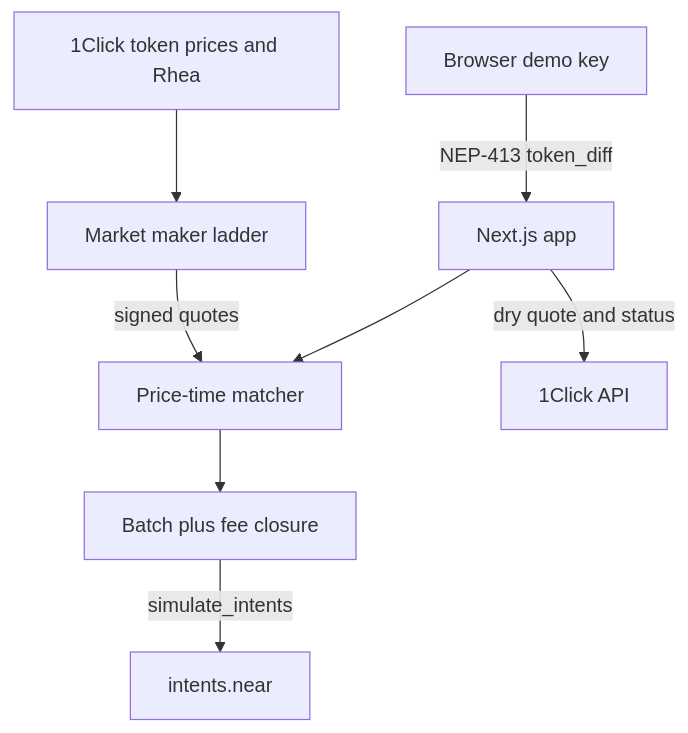
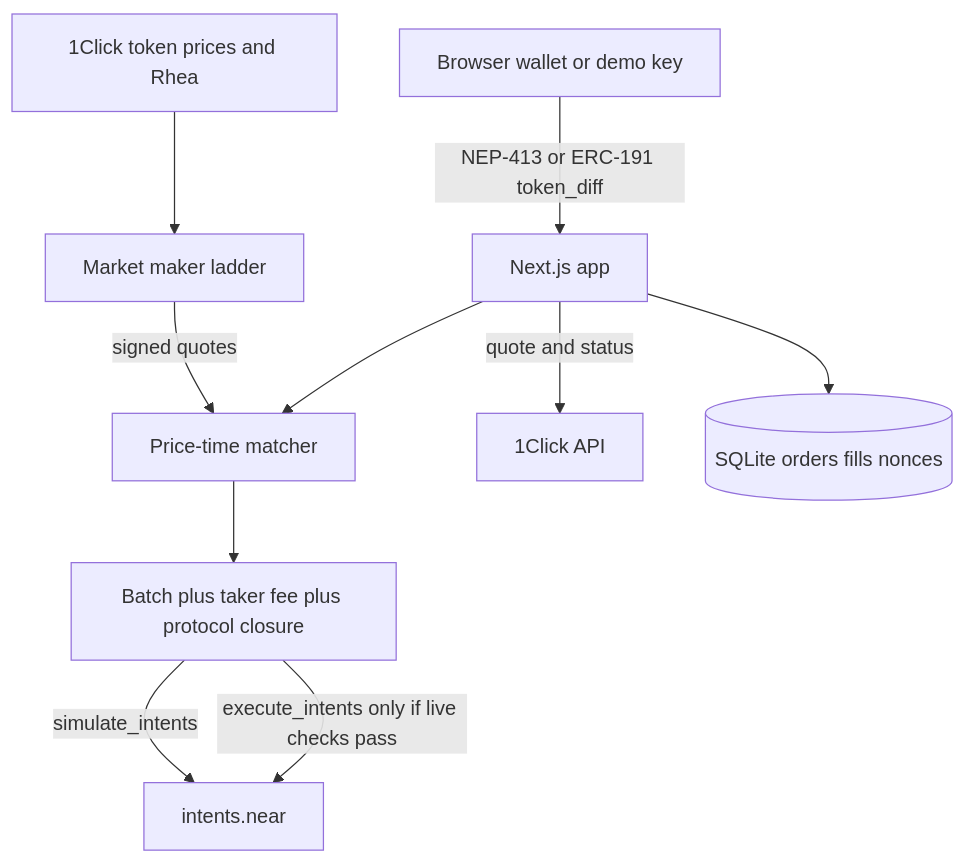
The diagram in README.md (DEVELOPER0fDEFI/Intentbook), drawn with Mermaid before and after one commit. The commit also changed other lines of this file and 37 other files, not shown here.

Commit message:
Add wallets, deposits, fees, SQLite, and a gated live path

````diff
--- a/README.md
+++ b/README.md
@@ -59,10 +52,12 @@
 ```mermaid
 flowchart TD
-  U[Browser demo key] -->|NEP-413 token_diff| W[Next.js app]
+  U[Browser wallet or demo key] -->|NEP-413 or ERC-191 token_diff| W[Next.js app]
   W --> B[Price-time matcher]
   M[Market maker ladder] -->|signed quotes| B
   P[1Click token prices and Rhea] --> M
-  B --> S[Batch plus fee closure]
+  B --> S[Batch plus taker fee plus protocol closure]
   S -->|simulate_intents| V[intents.near]
-  W -->|dry quote and status| C[1Click API]
+  S -->|execute_intents only if live checks pass| V
+  W -->|quote and status| C[1Click API]
+  W --> Q[(SQLite orders fills nonces)]
 ```
````
